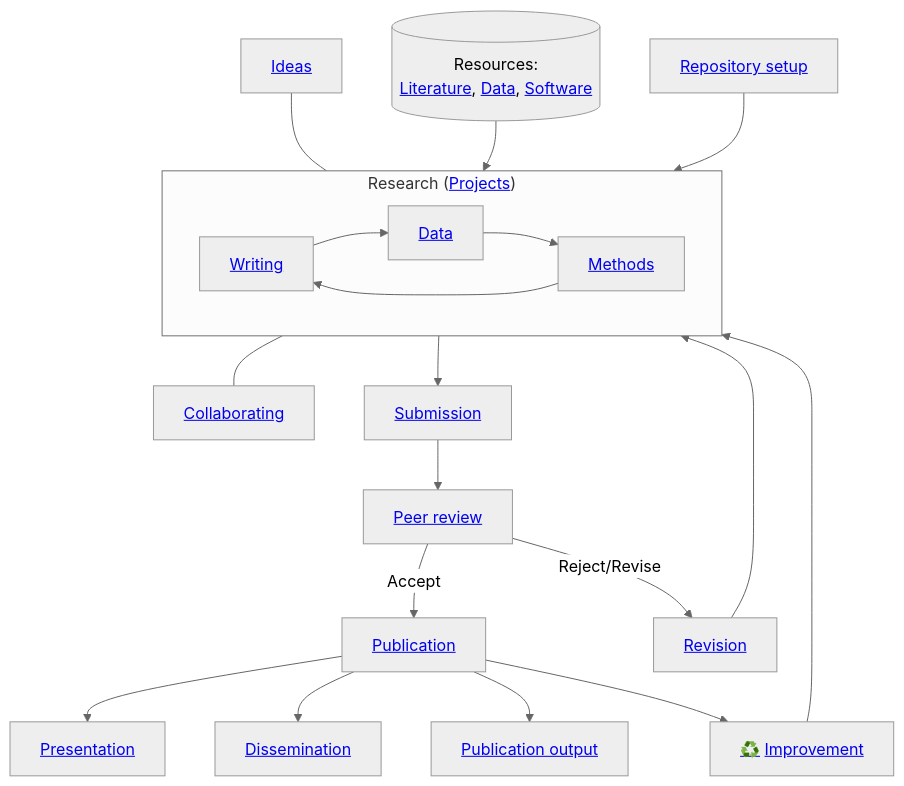
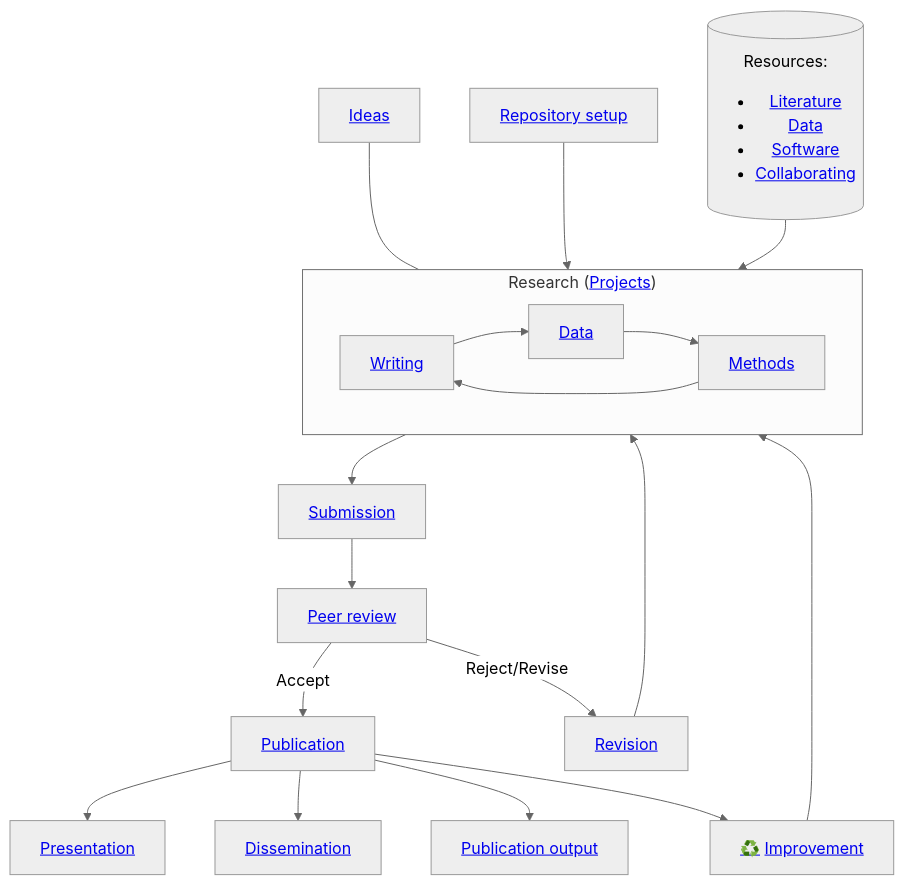
Before and after one commit to digital-work-lab/handbook: the diagram in docs/20-research/index.md, drawn with Mermaid (neutral theme).

````diff
--- a/docs/20-research/index.md
+++ b/docs/20-research/index.md
@@ -14,24 +14,23 @@
 ```mermaid
 flowchart TB
     Ideas["<a href='20_processes/20.09.ideas.html'>Ideas</a>"] --- Research
     subgraph Research["Research (<a href='25-projects.html'>Projects</a>)"]
         Writing["<a href='20_processes/20.29.writing.html'>Writing</a>"] --> Data
         Methods["<a href='20_processes/20.18.methods.html'>Methods</a>"] --> Writing
         Data["<a href='20_processes/20.17.data.html'>Data</a>"] --> Methods
     end
 
-    Research --- Collaborating["<a href='20_processes/20.16.collaboration.html'>Collaborating</a>"]
 
-    Resources[("Resources:<br><a href='22-literature.html'>Literature</a>, <a href='23-data.html'>Data</a>, <a href='24-software.html'>Software</a>")] --> Research
     Setup["<a href='20_processes/20.15.repo-setup.html'>Repository setup</a>"] --> Research
+    Resources[("Resources:<br><ul><li><a href='22-literature.html'>Literature</a></li><li><a href='23-data.html'>Data</a></li><li><a href='24-software.html'>Software</a></li><li><a href='20_processes/20.16.collaboration.html'>Collaborating</a></li></ul>")] --> Research
     Research --> Submission["<a href='20_processes/20.30.pre-submission.html'>Submission</a>"]
     Submission --> Review["<a href='../50-service/50_processes/50.10.reviewer.html'>Peer review</a>"]
     Review -->|Accept| Publication["<a href='20_processes/20.33.publication.html'>Publication</a>"]
     Review -->|Reject/Revise| Revise["<a href='20_processes/20.32.revision.html'>Revision</a>"]
     Revise --> Research
     
     Publication --> Presentation["<a href='20_processes/20.28.presentation.html'>Presentation</a>"]
     Publication --> Dissemination["<a href='20_processes/20.34.dissemination.html'>Dissemination</a>"]
     Publication --> PublicationOutput["<a href='29-publications.html'>Publication output</a>"]
     Publication --> Improvement["<a href='../10-lab/10_processes/10.01.goals.html'>♻️</a> <a href='20_processes/20.35.improvement.html'>Improvement</a>"] --> Research
 ```
````
